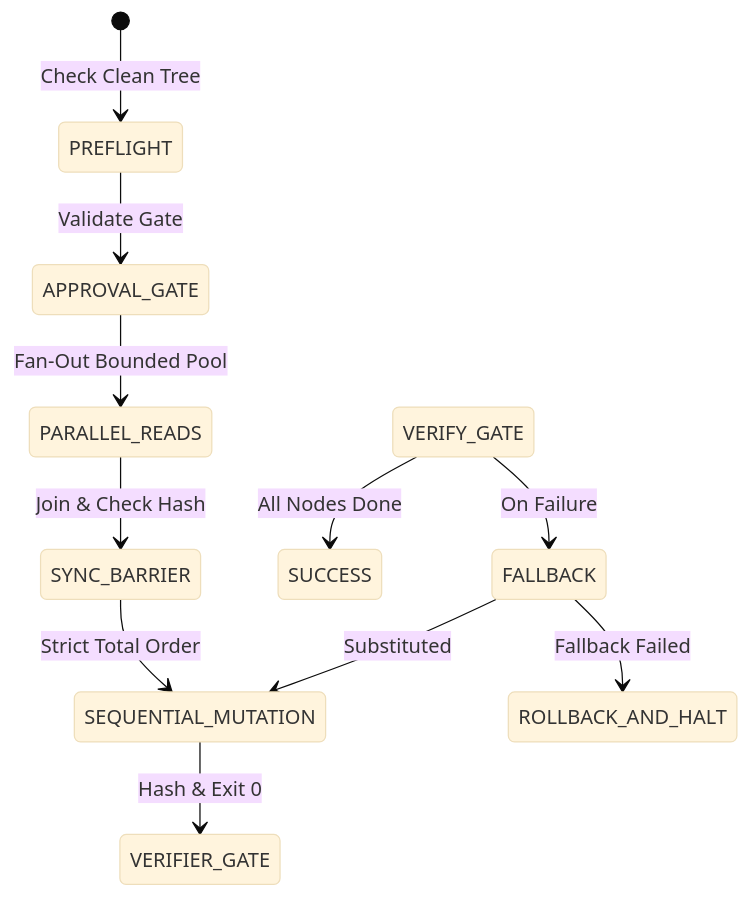
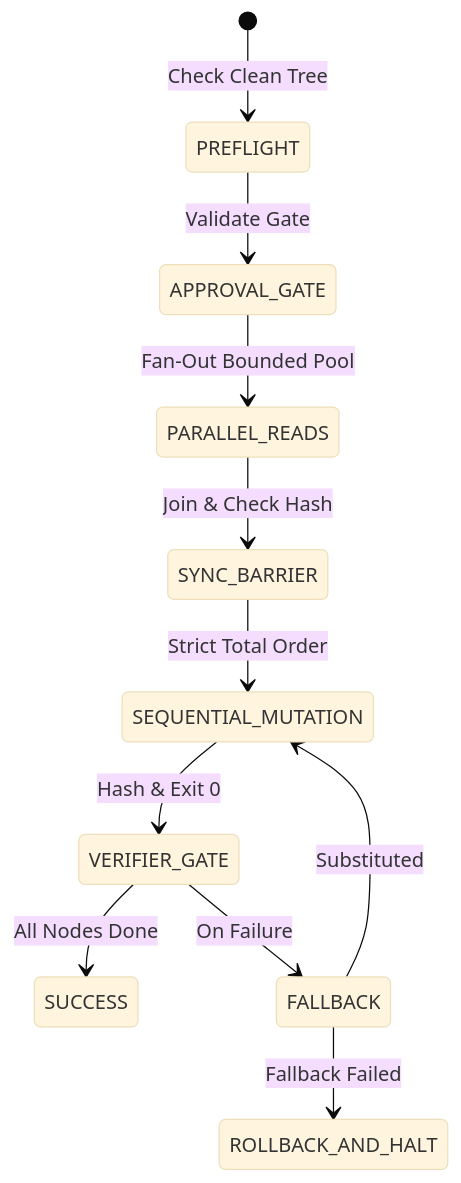
The diagram in plugins/agent-orchestration/skills/graph-execution/SKILL.md (richfrem/agent-plugins-skills), drawn with Mermaid (base theme) before and after one commit. The commit also changed 943 other files, not shown here.

````diff
--- a/plugins/agent-orchestration/skills/graph-execution/SKILL.md
+++ b/plugins/agent-orchestration/skills/graph-execution/SKILL.md
@@ -45,13 +45,13 @@
 ```mermaid
 stateDiagram-v2
     [*] --> PREFLIGHT: Check Clean Tree
     PREFLIGHT --> APPROVAL_GATE: Validate Gate
     APPROVAL_GATE --> PARALLEL_READS: Fan-Out Bounded Pool
     PARALLEL_READS --> SYNC_BARRIER: Join & Check Hash
     SYNC_BARRIER --> SEQUENTIAL_MUTATION: Strict Total Order
     SEQUENTIAL_MUTATION --> VERIFIER_GATE: Hash & Exit 0
-    VERIFY_GATE --> SUCCESS: All Nodes Done
-    VERIFY_GATE --> FALLBACK: On Failure
+    VERIFIER_GATE --> SUCCESS: All Nodes Done
+    VERIFIER_GATE --> FALLBACK: On Failure
     FALLBACK --> SEQUENTIAL_MUTATION: Substituted
     FALLBACK --> ROLLBACK_AND_HALT: Fallback Failed
 ```
````
